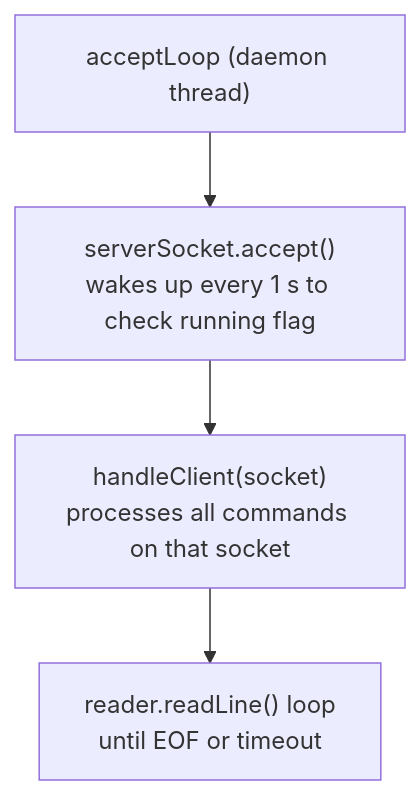
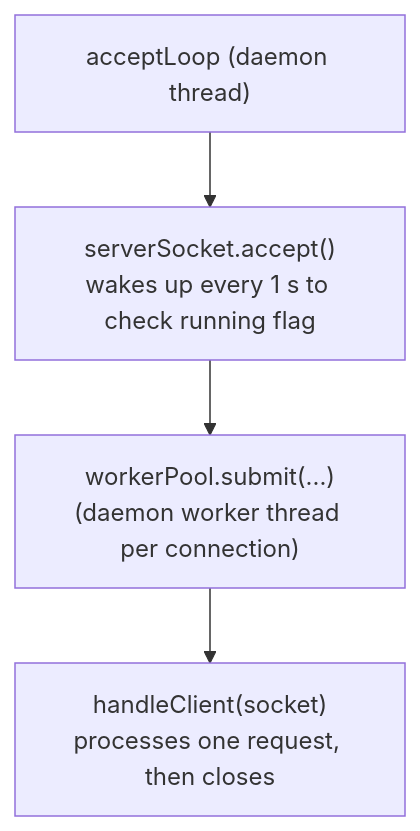
The second of 3 diagrams in docs/architecture.md (opaopa6969/syslenz4j), drawn with Mermaid before and after one commit. The commit also changed other lines of this file and 5 other files, not shown here.

````diff
--- a/docs/architecture.md
+++ b/docs/architecture.md
@@ -108,8 +109,8 @@
 ```mermaid
 flowchart TB
     AL["acceptLoop (daemon thread)"]
     Accept["serverSocket.accept()<br/>wakes up every 1 s to check running flag"]
-    Handle["handleClient(socket)<br/>processes all commands on that socket"]
-    Read["reader.readLine() loop<br/>until EOF or timeout"]
-    AL --> Accept --> Handle --> Read
+    Submit["workerPool.submit(...)<br/>(daemon worker thread per connection)"]
+    Handle["handleClient(socket)<br/>processes one request, then closes"]
+    AL --> Accept --> Submit --> Handle
 ```
````
